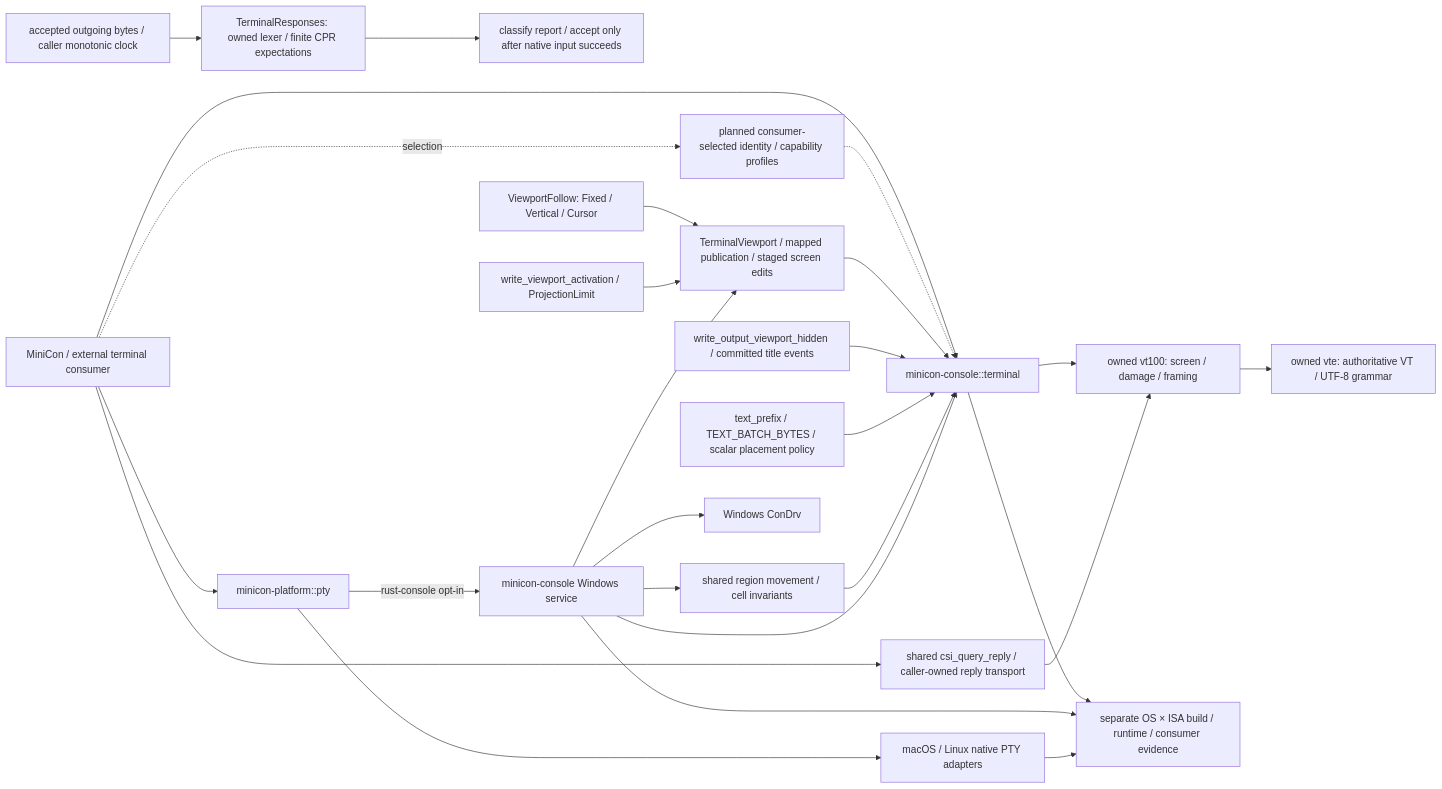
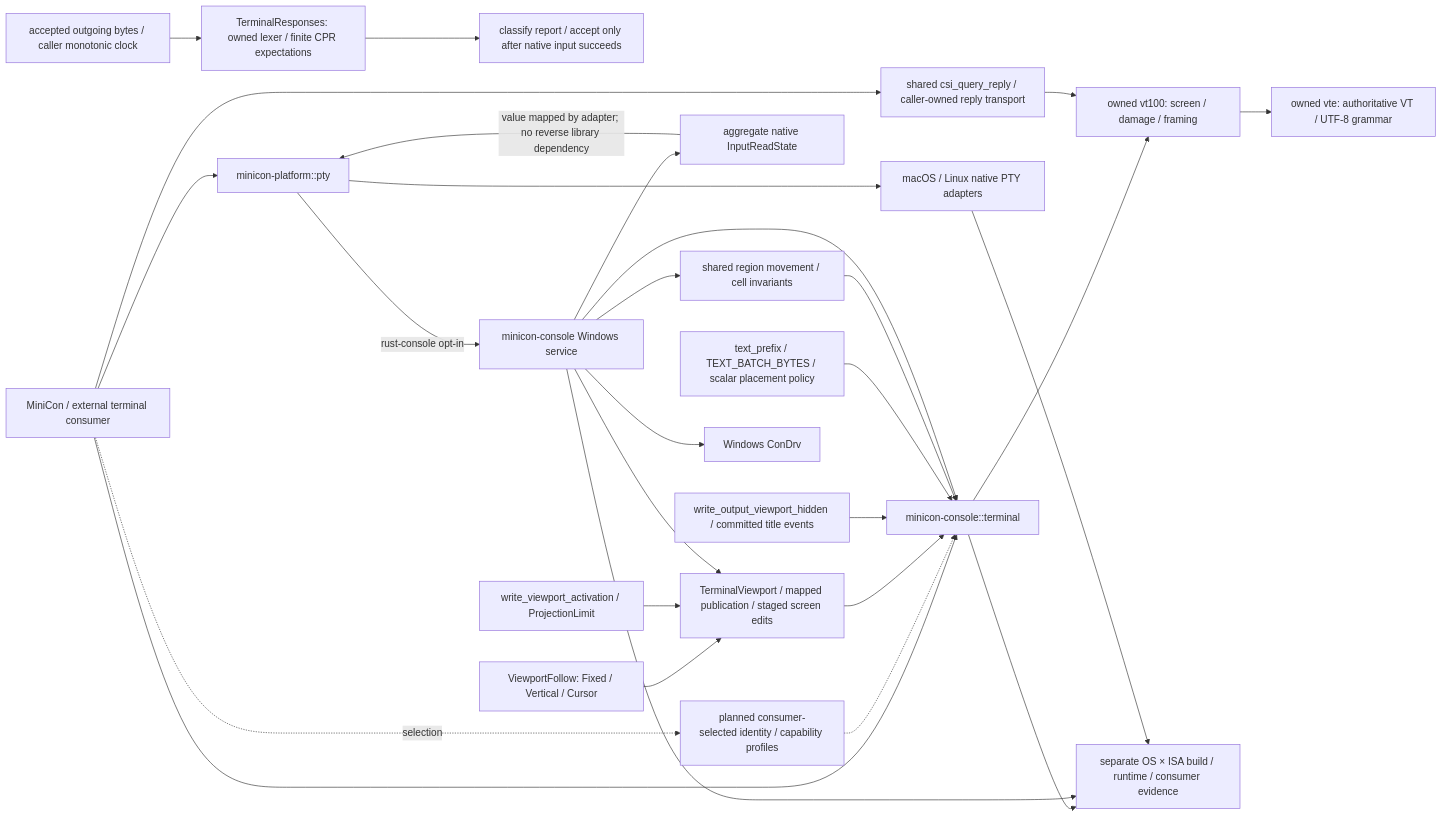
Before and after one commit to partnernetsoftware/minicon: the diagram in prd/PRD_02_35_terminal_library.md, drawn with Mermaid. The commit also changed other lines of this file and 14 other files, not shown here.

Commit message:
feat(console): expose native read retention and admission state

````diff
--- a/prd/PRD_02_35_terminal_library.md
+++ b/prd/PRD_02_35_terminal_library.md
@@ -73,26 +78,28 @@
 ```mermaid
 flowchart LR
     APP["MiniCon / external terminal consumer"] --> COMMON["minicon-console::terminal"]
     COMMON --> VT["owned vt100: screen / damage / framing"]
     APP --> QUERY["shared csi_query_reply / caller-owned reply transport"]
     QUERY --> VT
     ACCEPT["accepted outgoing bytes / caller monotonic clock"] --> RESP["TerminalResponses: owned lexer / finite CPR expectations"]
     RESP --> INPUT["classify report / accept only after native input succeeds"]
     VT --> VTE["owned vte: authoritative VT / UTF-8 grammar"]
     APP --> PLATFORM["minicon-platform::pty"]
     PROFILE["planned consumer-selected identity / capability profiles"] -.-> COMMON
     APP -. selection .-> PROFILE
     PLATFORM -->|"rust-console opt-in"| WIN["minicon-console Windows service"]
+    WIN --> READSTATE["aggregate native InputReadState"]
+    READSTATE -->|"value mapped by adapter; no reverse library dependency"| PLATFORM
     VP["TerminalViewport / mapped publication / staged screen edits"] --> COMMON
     FOLLOW["ViewportFollow: Fixed / Vertical / Cursor"] --> VP
     ACT["write_viewport_activation / ProjectionLimit"] --> VP
     HIDDEN["write_output_viewport_hidden / committed title events"] --> COMMON
     TEXT["text_prefix / TEXT_BATCH_BYTES / scalar placement policy"] --> COMMON
     WIN --> VP
     MOVE["shared region movement / cell invariants"] --> COMMON
     WIN --> MOVE
     WIN --> COMMON
     WIN --> KERNEL["Windows ConDrv"]
     PLATFORM --> POSIX["macOS / Linux native PTY adapters"]
     COMMON & WIN & POSIX --> E["separate OS × ISA build / runtime / consumer evidence"]
 ```
````
